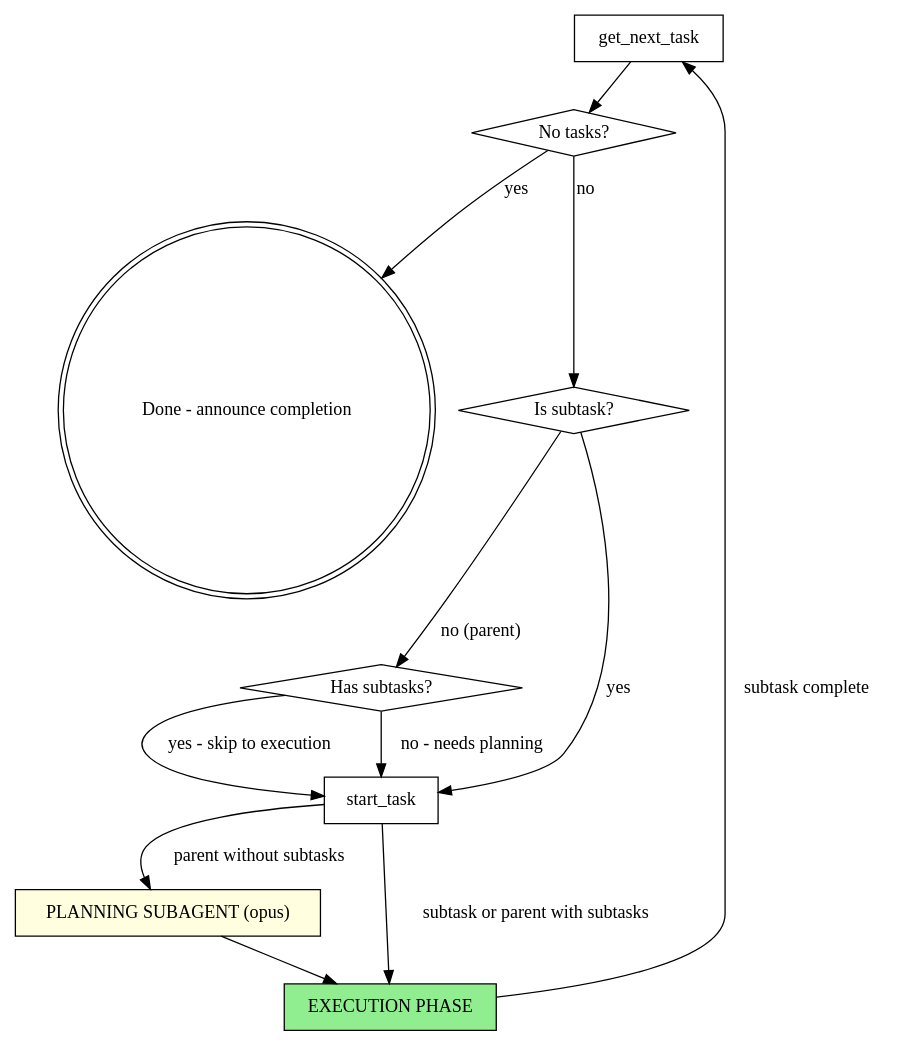
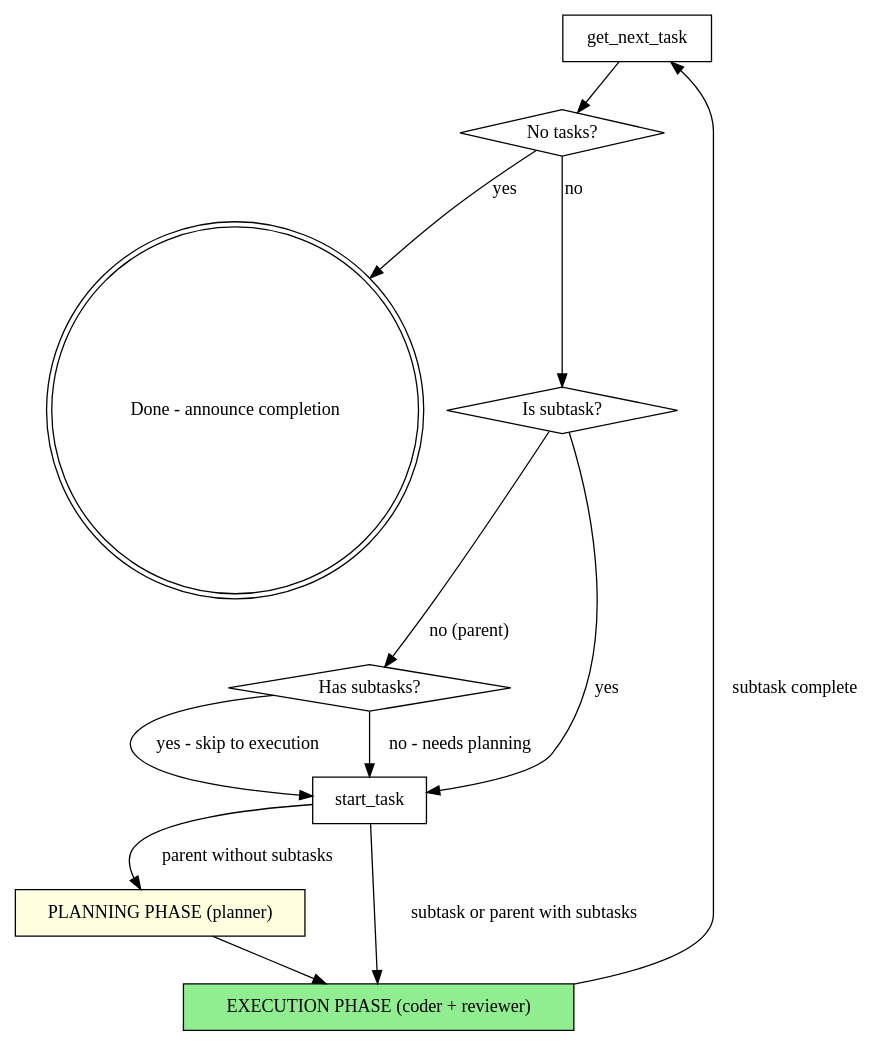
The diagram in skills/superpowers-workflow/SKILL.md (gpayer/mcp-task-manager), drawn with Graphviz before and after one commit. The commit also changed other lines of this file and 1 other file, not shown here.

````diff
--- a/skills/superpowers-workflow/SKILL.md
+++ b/skills/superpowers-workflow/SKILL.md
@@ -20,26 +44,26 @@
 ```dot
 digraph workflow {
     rankdir=TB;
 
     "get_next_task" [shape=box];
     "No tasks?" [shape=diamond];
     "Done - announce completion" [shape=doublecircle];
     "Is subtask?" [shape=diamond];
     "Has subtasks?" [shape=diamond];
     "start_task" [shape=box];
-    "PLANNING SUBAGENT (opus)" [shape=box style=filled fillcolor=lightyellow];
-    "EXECUTION PHASE" [shape=box style=filled fillcolor=lightgreen];
+    "PLANNING PHASE (planner)" [shape=box style=filled fillcolor=lightyellow];
+    "EXECUTION PHASE (coder + reviewer)" [shape=box style=filled fillcolor=lightgreen];
 
     "get_next_task" -> "No tasks?";
     "No tasks?" -> "Done - announce completion" [label="yes"];
     "No tasks?" -> "Is subtask?" [label="no"];
     "Is subtask?" -> "start_task" [label="yes"];
     "Is subtask?" -> "Has subtasks?" [label="no (parent)"];
     "Has subtasks?" -> "start_task" [label="yes - skip to execution"];
     "Has subtasks?" -> "start_task" [label="no - needs planning"];
-    "start_task" -> "PLANNING SUBAGENT (opus)" [label="parent without subtasks"];
-    "start_task" -> "EXECUTION PHASE" [label="subtask or parent with subtasks"];
-    "PLANNING SUBAGENT (opus)" -> "EXECUTION PHASE";
-    "EXECUTION PHASE" -> "get_next_task" [label="subtask complete"];
+    "start_task" -> "PLANNING PHASE (planner)" [label="parent without subtasks"];
+    "start_task" -> "EXECUTION PHASE (coder + reviewer)" [label="subtask or parent with subtasks"];
+    "PLANNING PHASE (planner)" -> "EXECUTION PHASE (coder + reviewer)";
+    "EXECUTION PHASE (coder + reviewer)" -> "get_next_task" [label="subtask complete"];
 }
 ```
````
